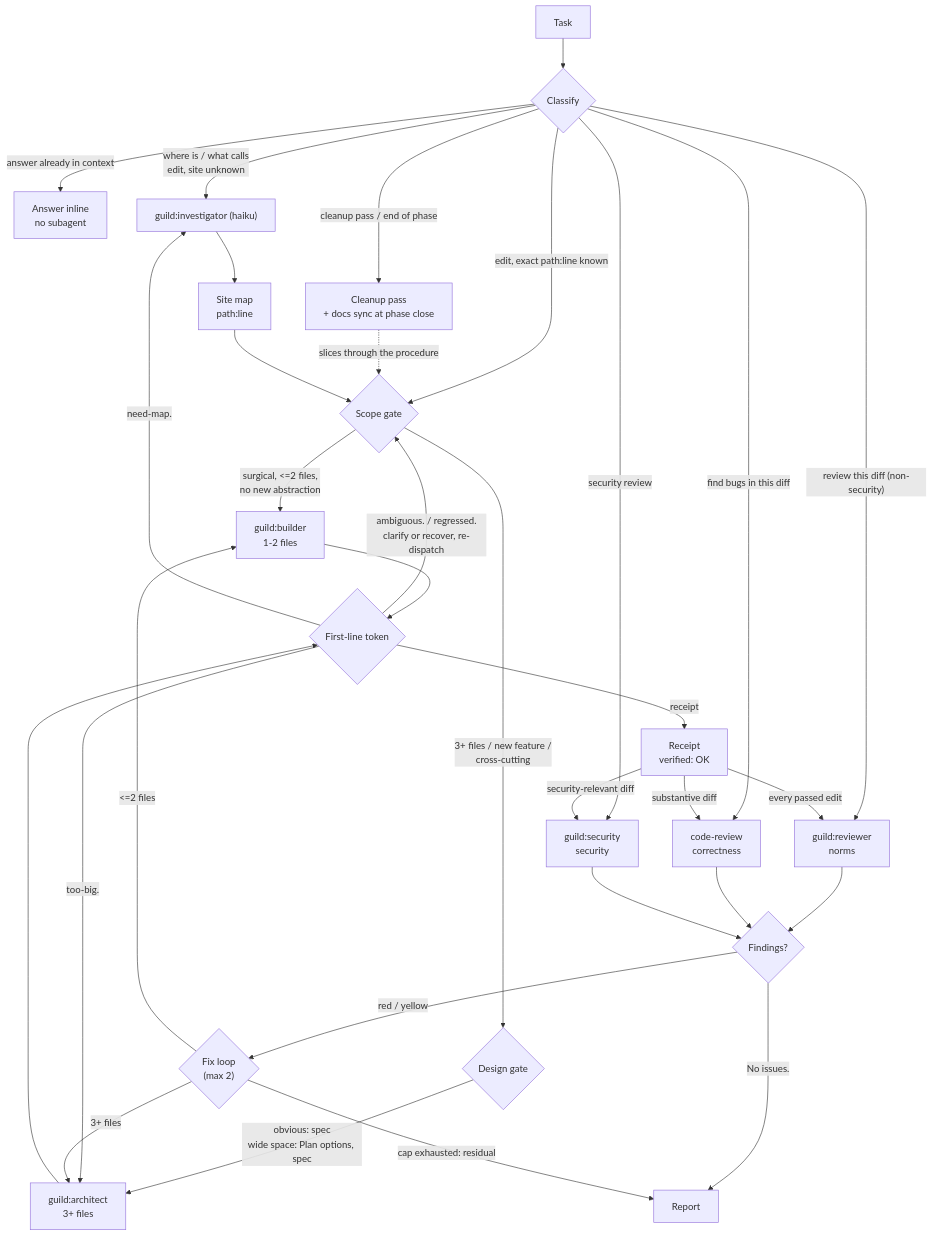
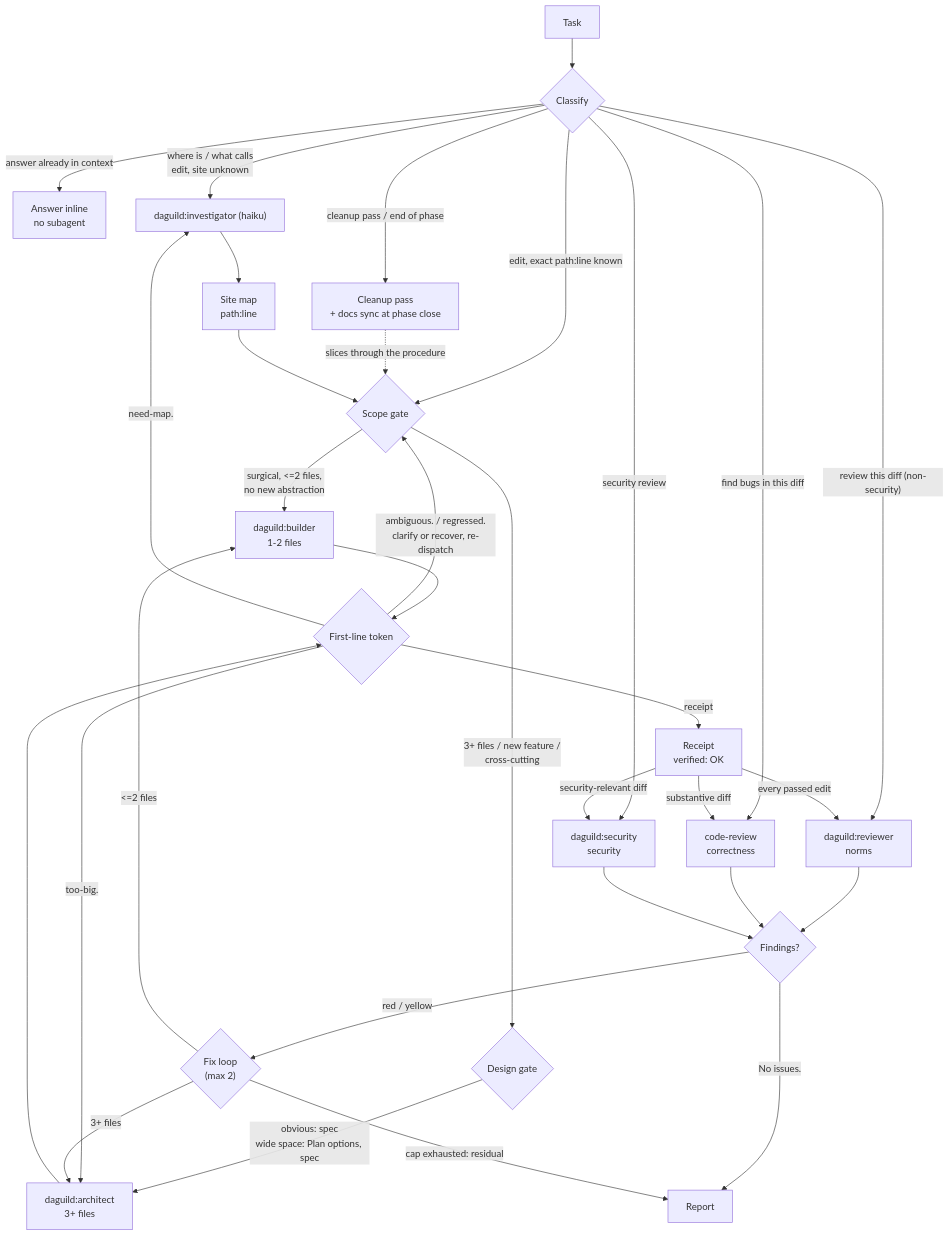
Before and after one commit to NatalJR/daguild: the diagram in README.md, drawn with Mermaid. The commit also changed other lines of this file and 1 other file, not shown here.

Commit message:
docs: document both editions and the migration from guild

````diff
--- a/README.md
+++ b/README.md
@@ -57,34 +58,34 @@
 ```mermaid
 flowchart TD
     T[Task] --> CLS{Classify}
     CLS -->|answer already in context| INLINE[Answer inline<br/>no subagent]
-    CLS -->|"where is / what calls<br/>edit, site unknown"| INV["guild:investigator (haiku)"]
+    CLS -->|"where is / what calls<br/>edit, site unknown"| INV["daguild:investigator (haiku)"]
     CLS -->|"edit, exact path:line known"| SCOPE{Scope gate}
-    CLS -->|"review this diff (non-security)"| REV["guild:reviewer<br/>norms"]
+    CLS -->|"review this diff (non-security)"| REV["daguild:reviewer<br/>norms"]
     CLS -->|find bugs in this diff| CR["code-review<br/>correctness"]
-    CLS -->|security review| SEC["guild:security<br/>security"]
+    CLS -->|security review| SEC["daguild:security<br/>security"]
     CLS -->|cleanup pass / end of phase| CLEAN[Cleanup pass<br/>+ docs sync at phase close]
     CLEAN -.->|slices through the procedure| SCOPE
     INV --> MAP["Site map<br/>path:line"]
     MAP --> SCOPE
-    SCOPE -->|"surgical, <=2 files,<br/>no new abstraction"| BLD["guild:builder<br/>1-2 files"]
+    SCOPE -->|"surgical, <=2 files,<br/>no new abstraction"| BLD["daguild:builder<br/>1-2 files"]
     SCOPE -->|"3+ files / new feature /<br/>cross-cutting"| DESIGN{Design gate}
-    DESIGN -->|"obvious: spec<br/>wide space: Plan options, spec"| ARC["guild:architect<br/>3+ files"]
+    DESIGN -->|"obvious: spec<br/>wide space: Plan options, spec"| ARC["daguild:architect<br/>3+ files"]
     BLD --> TOKEN{First-line token}
     ARC --> TOKEN
     TOKEN -->|"too-big."| ARC
     TOKEN -->|"ambiguous. / regressed.<br/>clarify or recover, re-dispatch"| SCOPE
     TOKEN -->|"need-map."| INV
     TOKEN -->|receipt| RCPT["Receipt<br/>verified: OK"]
     RCPT -->|every passed edit| REV
     RCPT -->|substantive diff| CR
     RCPT -->|security-relevant diff| SEC
     REV --> VERDICT{Findings?}
     CR --> VERDICT
     SEC --> VERDICT
     VERDICT -->|"No issues."| REPORT[Report]
     VERDICT -->|red / yellow| FIX{"Fix loop<br/>(max 2)"}
     FIX -->|"<=2 files"| BLD
     FIX -->|3+ files| ARC
     FIX -->|"cap exhausted: residual"| REPORT
 ```
````
